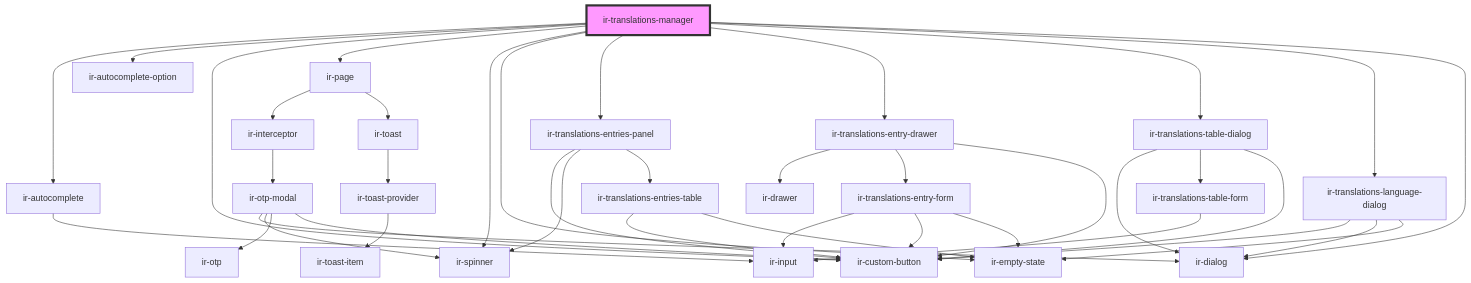
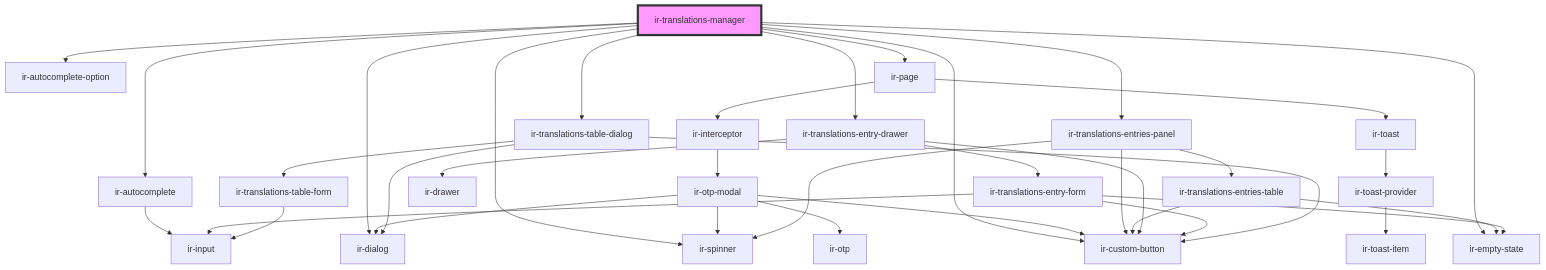
One commit to RonyRizk/ir-webcmp changed the diagram in src/components/ir-translations-manager/readme.md. Above: the diagram before and after it, drawn with Mermaid. The commit also changed other lines of this file and 36 other files, not shown here.

````diff
--- a/src/components/ir-translations-manager/readme.md
+++ b/src/components/ir-translations-manager/readme.md
@@ -34,43 +33,39 @@
 ```mermaid
 graph TD;
   ir-translations-manager --> ir-autocomplete
   ir-translations-manager --> ir-autocomplete-option
-  ir-translations-manager --> ir-custom-button
   ir-translations-manager --> ir-page
   ir-translations-manager --> ir-spinner
   ir-translations-manager --> ir-empty-state
+  ir-translations-manager --> ir-custom-button
   ir-translations-manager --> ir-translations-entries-panel
   ir-translations-manager --> ir-translations-entry-drawer
   ir-translations-manager --> ir-translations-table-dialog
-  ir-translations-manager --> ir-translations-language-dialog
   ir-translations-manager --> ir-dialog
   ir-autocomplete --> ir-input
   ir-page --> ir-interceptor
   ir-page --> ir-toast
   ir-interceptor --> ir-otp-modal
   ir-otp-modal --> ir-dialog
   ir-otp-modal --> ir-spinner
   ir-otp-modal --> ir-otp
   ir-otp-modal --> ir-custom-button
   ir-toast --> ir-toast-provider
   ir-toast-provider --> ir-toast-item
   ir-translations-entries-panel --> ir-custom-button
   ir-translations-entries-panel --> ir-spinner
   ir-translations-entries-panel --> ir-translations-entries-table
   ir-translations-entries-table --> ir-custom-button
   ir-translations-entries-table --> ir-empty-state
   ir-translations-entry-drawer --> ir-drawer
   ir-translations-entry-drawer --> ir-translations-entry-form
   ir-translations-entry-drawer --> ir-custom-button
   ir-translations-entry-form --> ir-input
   ir-translations-entry-form --> ir-custom-button
   ir-translations-entry-form --> ir-empty-state
   ir-translations-table-dialog --> ir-dialog
   ir-translations-table-dialog --> ir-translations-table-form
   ir-translations-table-dialog --> ir-custom-button
   ir-translations-table-form --> ir-input
-  ir-translations-language-dialog --> ir-custom-button
-  ir-translations-language-dialog --> ir-dialog
-  ir-translations-language-dialog --> ir-empty-state
   style ir-translations-manager fill:#f9f,stroke:#333,stroke-width:4px
 ```
````
